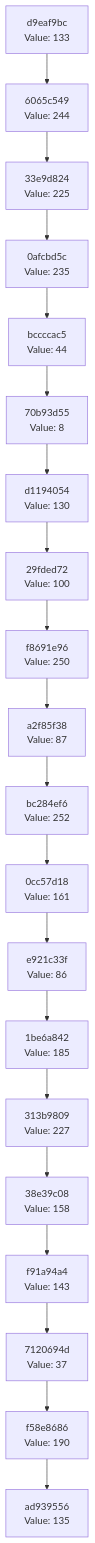
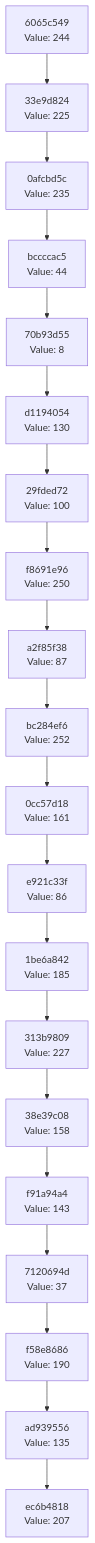
The diagram in docs/CHAIN_VISUALIZATION.md (Abhisheksinha1506/hash-chain-evolver), drawn with Mermaid before and after one commit. The commit also changed 1 other file, not shown here.

Commit message:
Evolution Step

````diff
--- a/docs/CHAIN_VISUALIZATION.md
+++ b/docs/CHAIN_VISUALIZATION.md
@@ -3,42 +3,42 @@
 ```mermaid
 graph TD
-    C0["ad939556<br/>Value: 135"]
-    C1["f58e8686<br/>Value: 190"]
+    C0["ec6b4818<br/>Value: 207"]
+    C1["ad939556<br/>Value: 135"]
     C1 --> C0
-    C2["7120694d<br/>Value: 37"]
+    C2["f58e8686<br/>Value: 190"]
     C2 --> C1
-    C3["f91a94a4<br/>Value: 143"]
+    C3["7120694d<br/>Value: 37"]
     C3 --> C2
-    C4["38e39c08<br/>Value: 158"]
+    C4["f91a94a4<br/>Value: 143"]
     C4 --> C3
-    C5["313b9809<br/>Value: 227"]
+    C5["38e39c08<br/>Value: 158"]
     C5 --> C4
-    C6["1be6a842<br/>Value: 185"]
+    C6["313b9809<br/>Value: 227"]
     C6 --> C5
-    C7["e921c33f<br/>Value: 86"]
+    C7["1be6a842<br/>Value: 185"]
     C7 --> C6
-    C8["0cc57d18<br/>Value: 161"]
+    C8["e921c33f<br/>Value: 86"]
     C8 --> C7
-    C9["bc284ef6<br/>Value: 252"]
+    C9["0cc57d18<br/>Value: 161"]
     C9 --> C8
-    C10["a2f85f38<br/>Value: 87"]
+    C10["bc284ef6<br/>Value: 252"]
     C10 --> C9
-    C11["f8691e96<br/>Value: 250"]
+    C11["a2f85f38<br/>Value: 87"]
     C11 --> C10
-    C12["29fded72<br/>Value: 100"]
+    C12["f8691e96<br/>Value: 250"]
     C12 --> C11
-    C13["d1194054<br/>Value: 130"]
+    C13["29fded72<br/>Value: 100"]
     C13 --> C12
-    C14["70b93d55<br/>Value: 8"]
+    C14["d1194054<br/>Value: 130"]
     C14 --> C13
-    C15["bccccac5<br/>Value: 44"]
+    C15["70b93d55<br/>Value: 8"]
     C15 --> C14
-    C16["0afcbd5c<br/>Value: 235"]
+    C16["bccccac5<br/>Value: 44"]
     C16 --> C15
-    C17["33e9d824<br/>Value: 225"]
+    C17["0afcbd5c<br/>Value: 235"]
     C17 --> C16
-    C18["6065c549<br/>Value: 244"]
+    C18["33e9d824<br/>Value: 225"]
     C18 --> C17
-    C19["d9eaf9bc<br/>Value: 133"]
+    C19["6065c549<br/>Value: 244"]
     C19 --> C18
 ```
````
